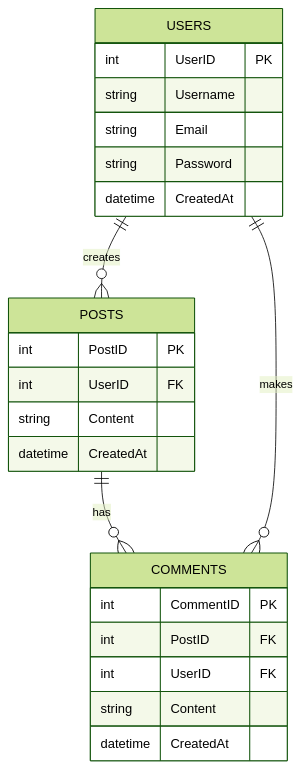
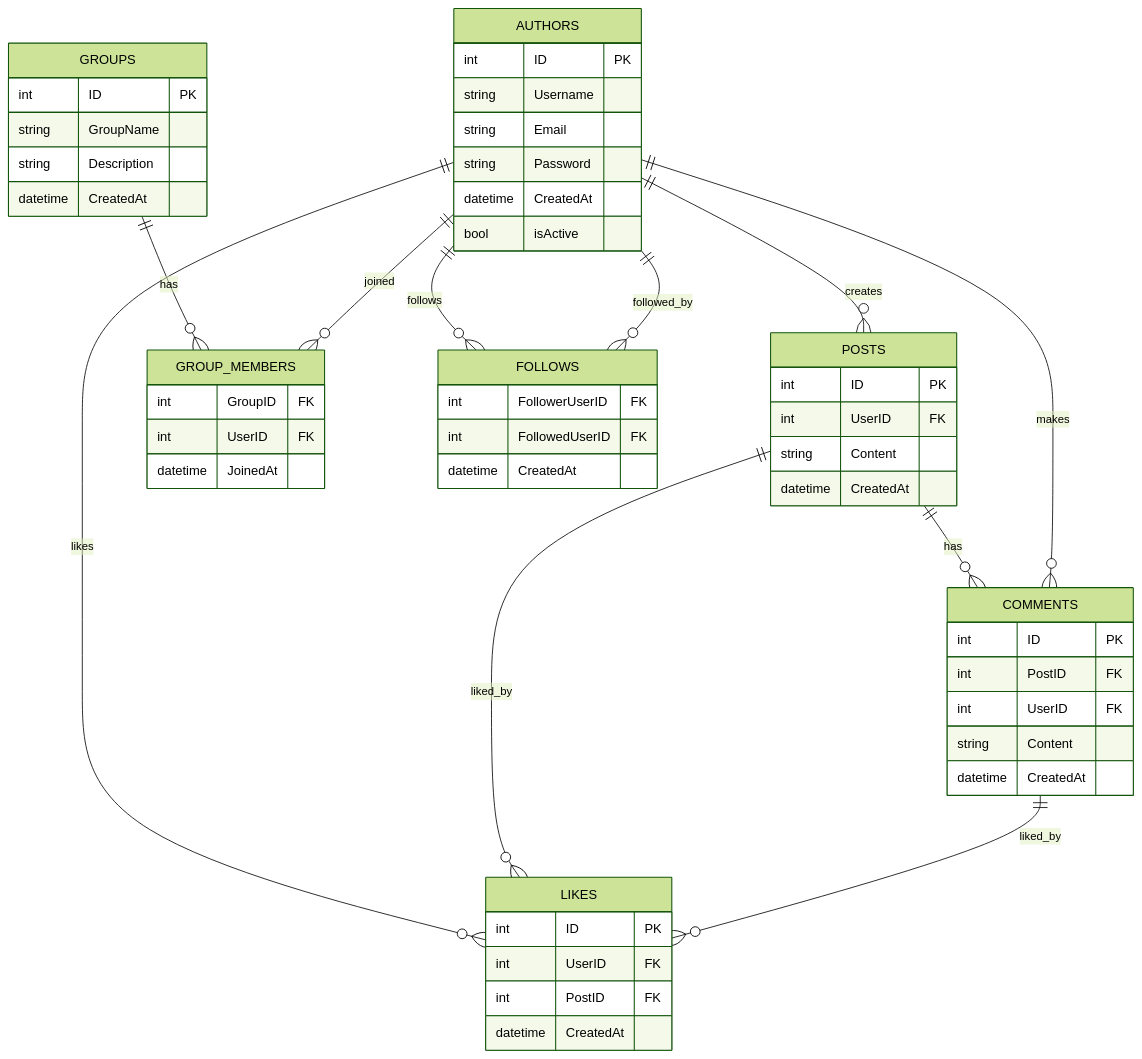
One commit to Apolo151/eSocialize-backend changed the diagram in docs/ERD.md. Above: the diagram before and after it, drawn with Mermaid (forest theme).

Commit message:
update ERD

````diff
--- a/docs/ERD.md
+++ b/docs/ERD.md
@@ -3,32 +1,65 @@
 ```mermaid
 erDiagram
     %% Define Entities and Their Attributes
-    USERS {
-      int UserID PK
+    AUTHORS {
+      int ID PK
       string Username
       string Email
       string Password
       datetime CreatedAt
+      bool isActive
     }
     
     POSTS {
-      int PostID PK
+      int ID PK
       int UserID FK
       string Content
       datetime CreatedAt
     }
     
     COMMENTS {
-      int CommentID PK
+      int ID PK
       int PostID FK
       int UserID FK
       string Content
       datetime CreatedAt
     }
     
+    LIKES {
+      int ID PK
+      int UserID FK
+      int PostID FK
+      datetime CreatedAt
+    }
+    
+    GROUPS {
+      int ID PK
+      string GroupName
+      string Description
+      datetime CreatedAt
+    }
+
+    GROUP_MEMBERS {
+      int GroupID FK
+      int UserID FK
+      datetime JoinedAt
+    }
+
+    FOLLOWS {
+      int FollowerUserID FK
+      int FollowedUserID FK
+      datetime CreatedAt
+    }
+    
     %% Define Relationships
-    USERS ||--o{ POSTS: "creates"
+    AUTHORS ||--o{ POSTS: "creates"
     POSTS ||--o{ COMMENTS: "has"
-    USERS ||--o{ COMMENTS: "makes"
-
+    AUTHORS ||--o{ COMMENTS: "makes"
+    AUTHORS ||--o{ LIKES: "likes"
+    POSTS ||--o{ LIKES: "liked_by"
+    COMMENTS ||--o{ LIKES: "liked_by"
+    AUTHORS ||--o{ FOLLOWS: "follows"
+    AUTHORS ||--o{ FOLLOWS : "followed_by"
+    GROUPS ||--o{ GROUP_MEMBERS: "has"
+    AUTHORS ||--o{ GROUP_MEMBERS: "joined"
 ```
````
